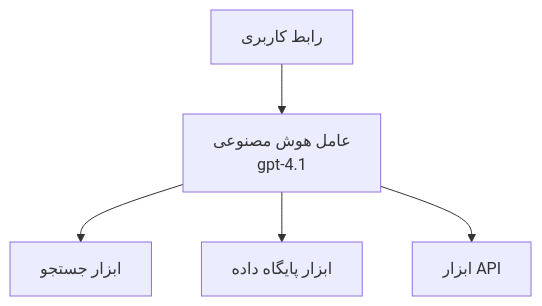
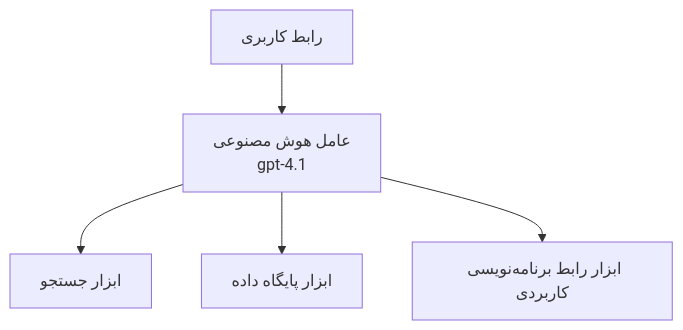
Before and after one commit to microsoft/AZD-for-beginners: the first of 3 diagrams in translations/fa/docs/chapter-02-ai-development/agents.md, drawn with Mermaid. The commit also changed other lines of this file and 101 other files, not shown here.

````diff
--- a/translations/fa/docs/chapter-02-ai-development/agents.md
+++ b/translations/fa/docs/chapter-02-ai-development/agents.md
@@ -152,7 +157,7 @@
 ```mermaid
 graph TD
     UI[رابط کاربری] --> Agent[عامل هوش مصنوعی<br/>gpt-4.1]
     Agent --> Search[ابزار جستجو]
     Agent --> Database[ابزار پایگاه داده]
-    Agent --> API[ابزار API]
+    Agent --> API[ابزار رابط برنامه‌نویسی کاربردی]
 ```
````
